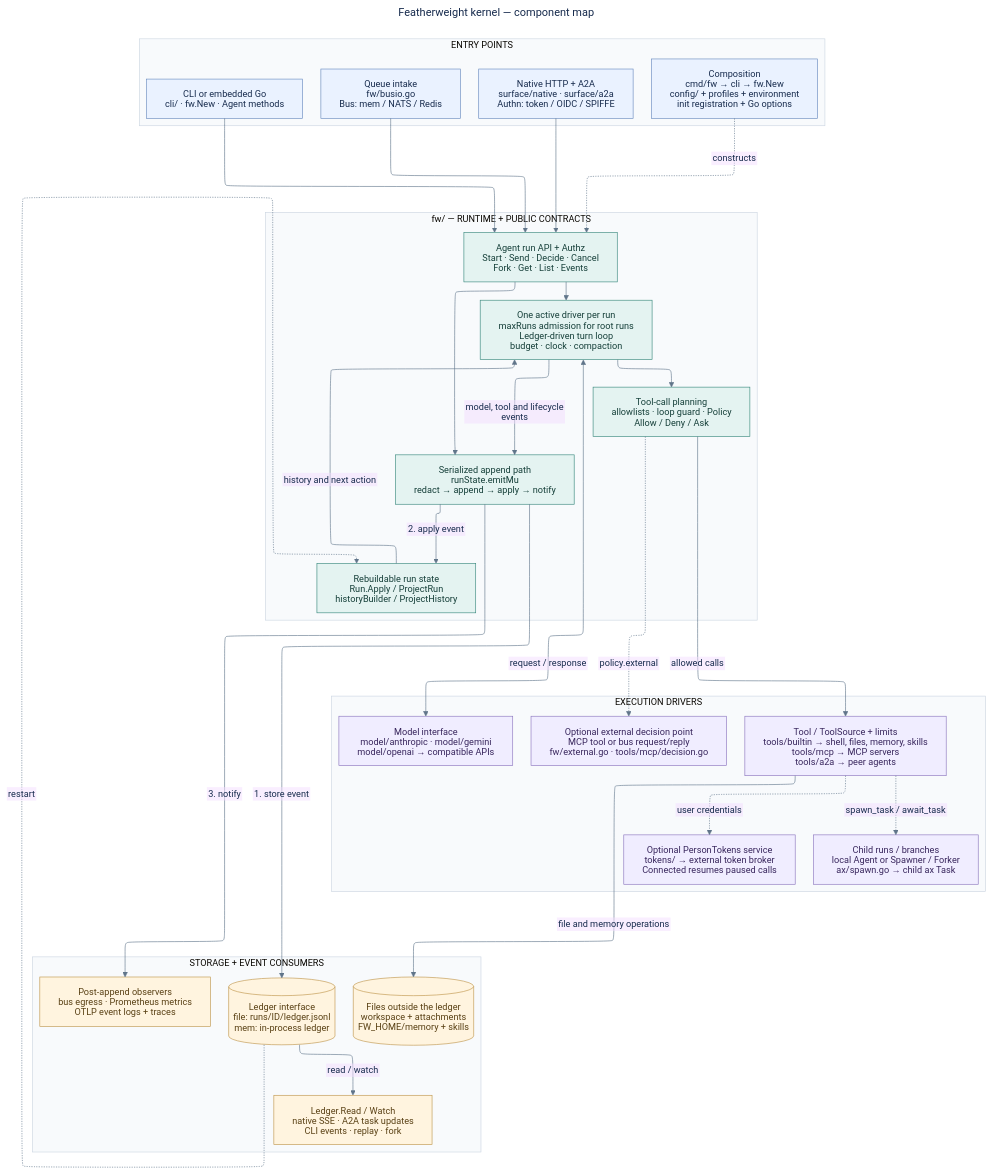
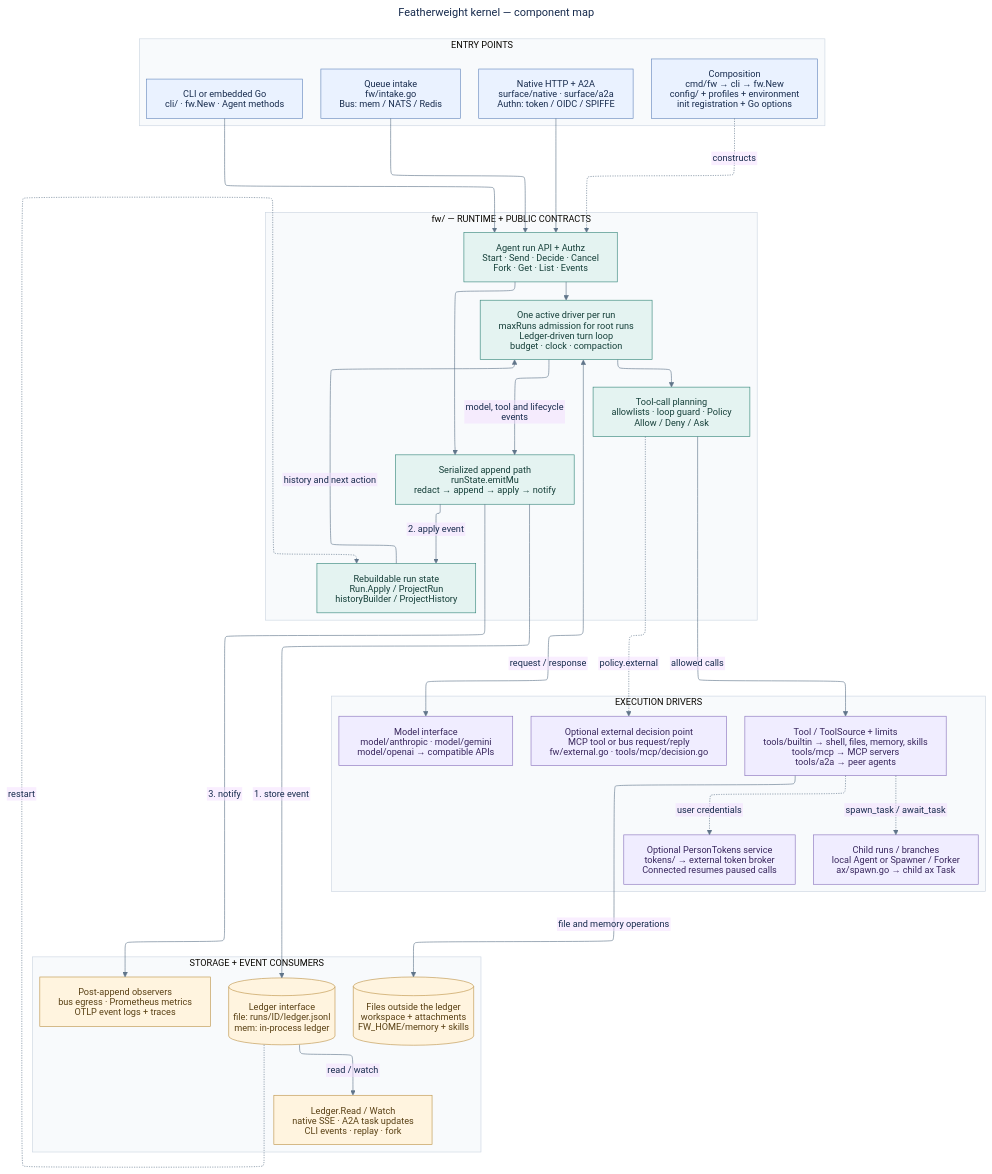
Before and after one commit to bdubs00/featherweight-kernel: the diagram in docs/diagrams/kernel-components.mmd, drawn with Mermaid. The commit also changed 3 other files, not shown here.

First line of the commit message:
docs: the bus intake takes a job per free run slot, acknowledges it when queued, and dead-letters

```diff
--- a/docs/diagrams/kernel-components.mmd
+++ b/docs/diagrams/kernel-components.mmd
@@ -1,87 +1,87 @@
 ---
 title: Featherweight kernel — component map
 config:
   layout: elk
   htmlLabels: false
   fontFamily: Arial, sans-serif
   theme: base
   themeVariables:
     fontFamily: Arial, sans-serif
     fontSize: 15px
     primaryTextColor: '#172b4d'
     lineColor: '#60758a'
     clusterBkg: '#f8fafc'
     clusterBorder: '#cbd5e1'
   flowchart:
     wrappingWidth: 300
     curve: basis
     nodeSpacing: 25
     rankSpacing: 65
 ---
 flowchart TB
   accTitle: Featherweight kernel component map
   accDescr: Entry points call the Agent API. One driver per run executes a ledger-driven model and tool loop. Serialized appends persist events, update run state, and notify observers. Public driver packages implement the core interfaces.
 
   subgraph ENTRY["ENTRY POINTS"]
     direction TB
     HTTP["Native HTTP + A2A<br/>surface/native · surface/a2a<br/>Authn: token / OIDC / SPIFFE"]
     CLI["CLI or embedded Go<br/>cli/ · fw.New · Agent methods"]
-    INTAKE["Queue intake<br/>fw/busio.go<br/>Bus: mem / NATS / Redis"]
+    INTAKE["Queue intake<br/>fw/intake.go<br/>Bus: mem / NATS / Redis"]
     BUILD["Composition<br/>cmd/fw → cli → fw.New<br/>config/ + profiles + environment<br/>init registration + Go options"]
   end
 
   subgraph CORE["fw/ — RUNTIME + PUBLIC CONTRACTS"]
     direction TB
     API["Agent run API + Authz<br/>Start · Send · Decide · Cancel<br/>Fork · Get · List · Events"]
     LOOP["One active driver per run<br/>maxRuns admission for root runs<br/>Ledger-driven turn loop<br/>budget · clock · compaction"]
     GATE["Tool-call planning<br/>allowlists · loop guard · Policy<br/>Allow / Deny / Ask"]
     APPEND["Serialized append path<br/>runState.emitMu<br/>redact → append → apply → notify"]
     STATE["Rebuildable run state<br/>Run.Apply / ProjectRun<br/>historyBuilder / ProjectHistory"]
   end
 
   subgraph PLUGS["EXECUTION DRIVERS"]
     direction TB
     MODEL["Model interface<br/>model/anthropic · model/gemini<br/>model/openai → compatible APIs"]
     TOOLS["Tool / ToolSource + limits<br/>tools/builtin → shell, files, memory, skills<br/>tools/mcp → MCP servers<br/>tools/a2a → peer agents"]
     POLICY["Optional external decision point<br/>MCP tool or bus request/reply<br/>fw/external.go · tools/mcp/decision.go"]
     SPAWN["Child runs / branches<br/>local Agent or Spawner / Forker<br/>ax/spawn.go → child ax Task"]
     TOKENS["Optional PersonTokens service<br/>tokens/ → external token broker<br/>Connected resumes paused calls"]
   end
 
   subgraph RECORD["STORAGE + EVENT CONSUMERS"]
     direction TB
     LEDGER[("Ledger interface<br/>file: runs/ID/ledger.jsonl<br/>mem: in-process ledger")]
     READERS["Ledger.Read / Watch<br/>native SSE · A2A task updates<br/>CLI events · replay · fork"]
     OBS["Post-append observers<br/>bus egress · Prometheus metrics<br/>OTLP event logs + traces"]
     DISK[("Files outside the ledger<br/>workspace + attachments<br/>FW_HOME/memory + skills")]
   end
 
   HTTP --> API
   CLI --> API
   INTAKE --> API
   BUILD -. constructs .-> API
   API --> LOOP
   API --> APPEND
   LOOP <-->|request / response| MODEL
   LOOP --> GATE
   GATE -.->|"policy.external"| POLICY
   GATE -->|allowed calls| TOOLS
   TOOLS -. spawn_task / await_task .-> SPAWN
   TOOLS -. user credentials .-> TOKENS
   TOOLS -->|file and memory operations| DISK
   LOOP -->|model, tool and lifecycle events| APPEND
   APPEND -->|1. store event| LEDGER
   APPEND -->|2. apply event| STATE
   APPEND -->|3. notify| OBS
   LEDGER -->|read / watch| READERS
   LEDGER -. restart .-> STATE
   STATE -->|history and next action| LOOP
 
   classDef entry fill:#eaf2ff,stroke:#6587bd,color:#172b4d
   classDef core fill:#e4f3f1,stroke:#338579,color:#153f39
   classDef driver fill:#f0edff,stroke:#8872bc,color:#38265d
   classDef record fill:#fff4df,stroke:#bd9348,color:#594014
   class HTTP,CLI,INTAKE,BUILD entry
   class API,LOOP,GATE,APPEND,STATE core
   class MODEL,TOOLS,POLICY,SPAWN,TOKENS driver
   class LEDGER,READERS,OBS,DISK record
```
